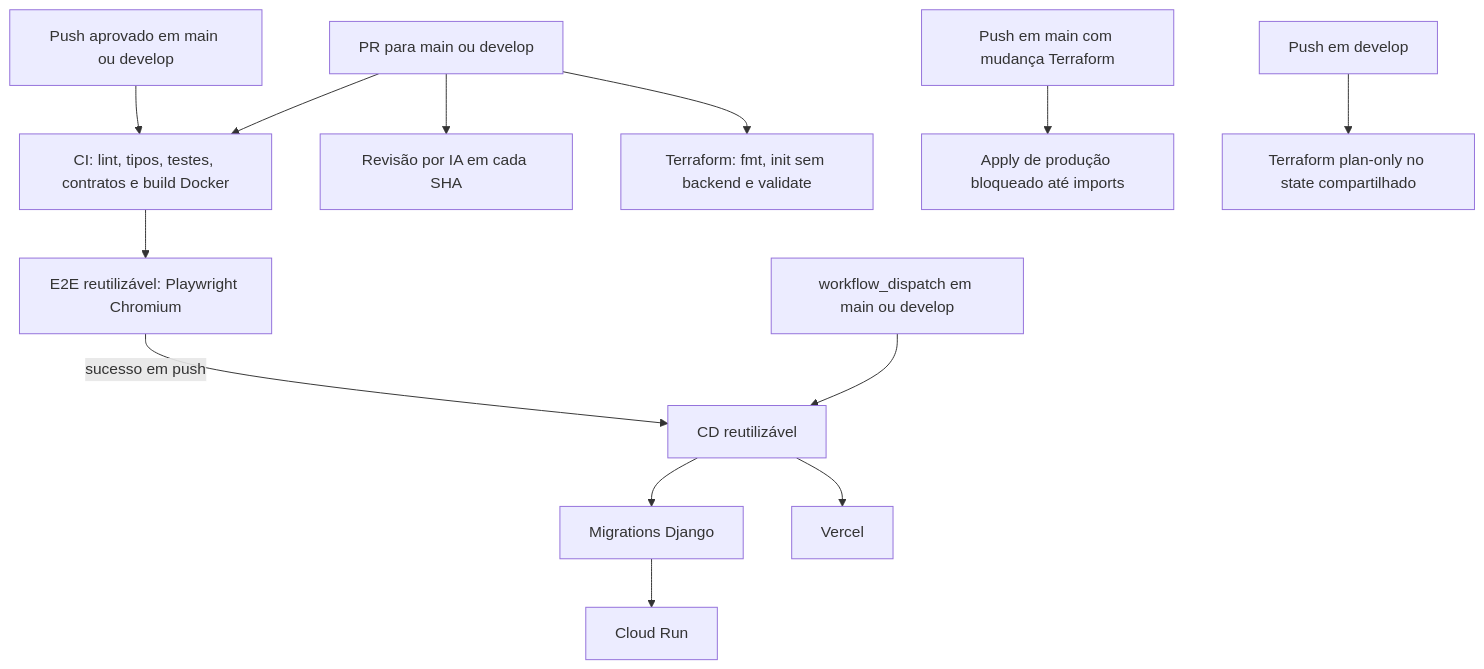
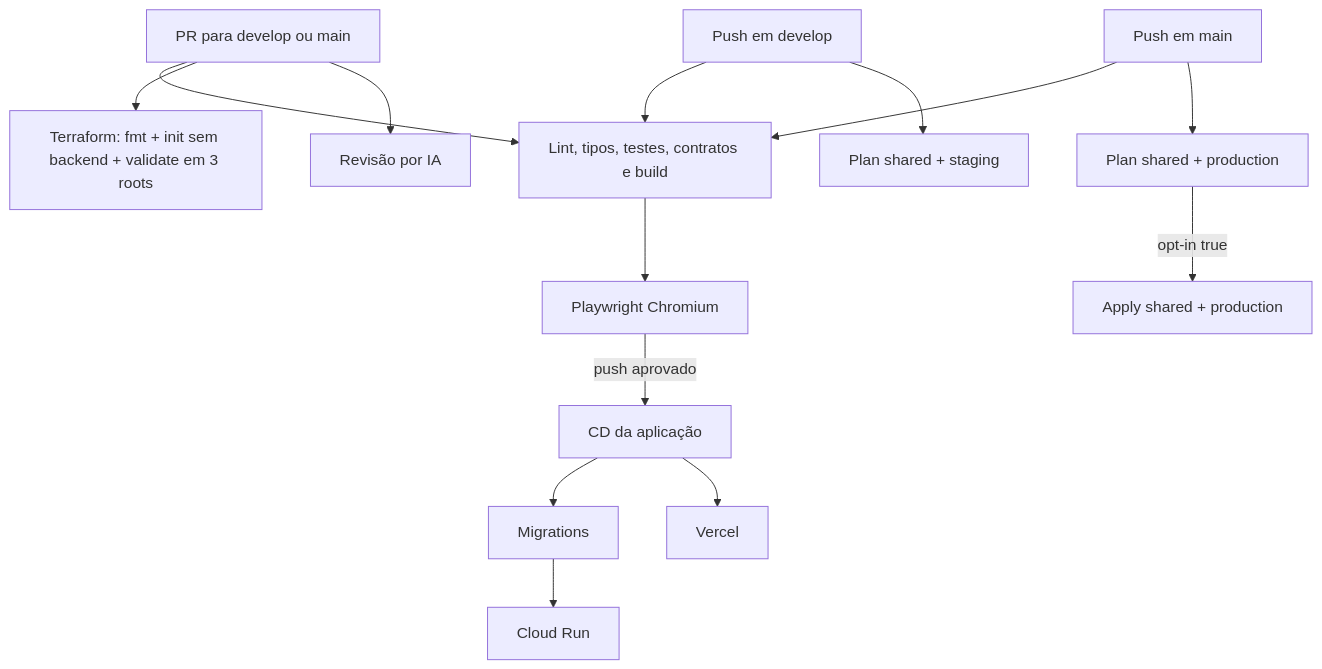
One commit to Rafaelp122/wedding_management changed the diagram in docs/4-explanation/architecture/ci-cd-pipeline-flow.md. Above: the diagram before and after it, drawn with Mermaid. The commit also changed other lines of this file and 37 other files, not shown here.

First line of the commit message:
feat(infra): isolate terraform states for shared, staging, and production (#352)

````diff
--- a/docs/4-explanation/architecture/ci-cd-pipeline-flow.md
+++ b/docs/4-explanation/architecture/ci-cd-pipeline-flow.md
@@ -17,17 +17,18 @@
 ```mermaid
 flowchart TD
-    PR[PR para main ou develop] --> CI[CI: lint, tipos, testes, contratos e build Docker]
-    CI --> E2E[E2E reutilizável: Playwright Chromium]
-    PR --> AI[Revisão por IA em cada SHA]
-    PR --> TFV[Terraform: fmt, init sem backend e validate]
+    PR[PR para develop ou main] --> CI[Lint, tipos, testes, contratos e build]
+    CI --> E2E[Playwright Chromium]
+    PR --> TFV[Terraform: fmt + init sem backend + validate em 3 roots]
+    PR --> AI[Revisão por IA]
 
-    PUSH[Push aprovado em main ou develop] --> CI
-    E2E -->|sucesso em push| CD[CD reutilizável]
-    CD --> MIGRATE[Migrations Django]
+    DEV[Push em develop] --> CI
+    MAIN[Push em main] --> CI
+    E2E -->|push aprovado| CD[CD da aplicação]
+    CD --> MIGRATE[Migrations]
     MIGRATE --> RUN[Cloud Run]
     CD --> VERCEL[Vercel]
 
-    MAIN[Push em main com mudança Terraform] --> APPLY[Apply de produção bloqueado até imports]
-    DEVELOP[Push em develop] --> STAGING[Terraform plan-only no state compartilhado]
-    MANUAL[workflow_dispatch em main ou develop] --> CD
+    DEV --> TFS[Plan shared + staging]
+    MAIN --> TFP[Plan shared + production]
+    TFP -->|opt-in true| APPLY[Apply shared + production]
 ```
````
